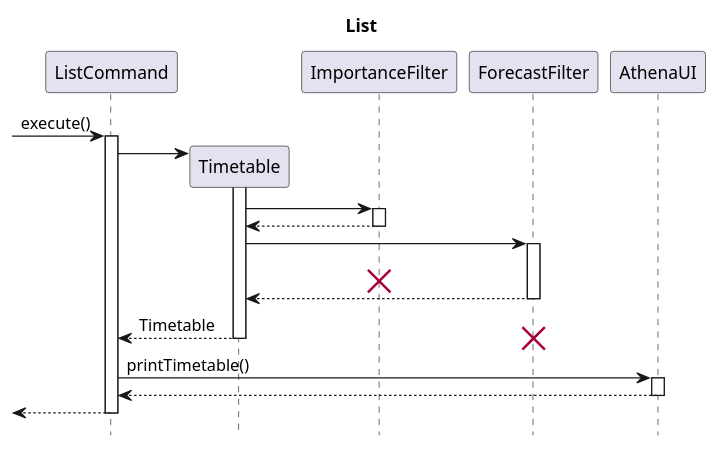
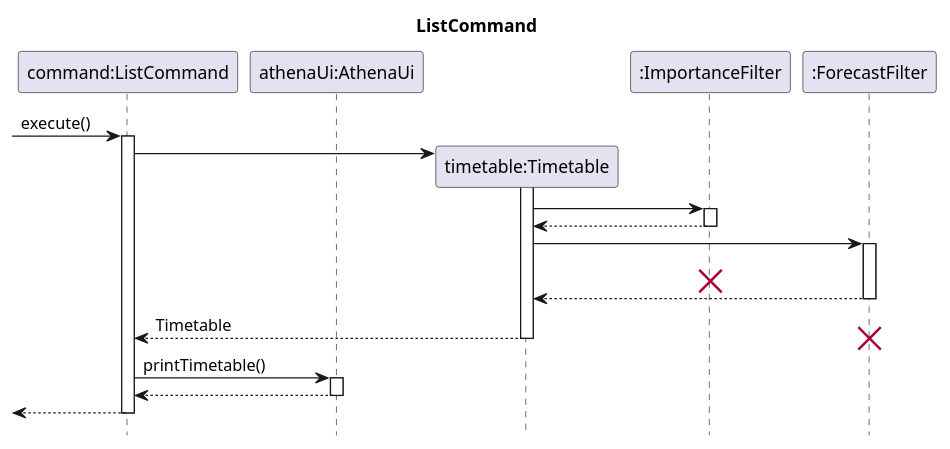
One commit to wish2023/tp changed the diagram in docs/sequenceDiagrams/ListCommand.puml. Above: the diagram before and after it, drawn with PlantUML. The commit also changed 7 other files, not shown here.

```diff
--- a/docs/sequenceDiagrams/ListCommand.puml
+++ b/docs/sequenceDiagrams/ListCommand.puml
@@ -1,21 +1,26 @@
 @startuml
-title List
+title ListCommand
 hide footbox
 
+participant "command:ListCommand" as ListCommand
+participant "athenaUi:AthenaUi" as AthenaUI
+participant "timetable:Timetable" as Timetable
+participant ":ImportanceFilter" as ImportanceFilter
+participant ":ForecastFilter" as ForecastFilter
 
 ->ListCommand++: execute()
 ListCommand->Timetable**:
 activate Timetable
 Timetable->ImportanceFilter++
 return
 Timetable->ForecastFilter++
 destroy ImportanceFilter
 return
 return Timetable
 destroy ForecastFilter
 
 ListCommand->AthenaUI++: printTimetable()
 AthenaUI-->ListCommand--:
 
 <--ListCommand--
 @enduml
```
